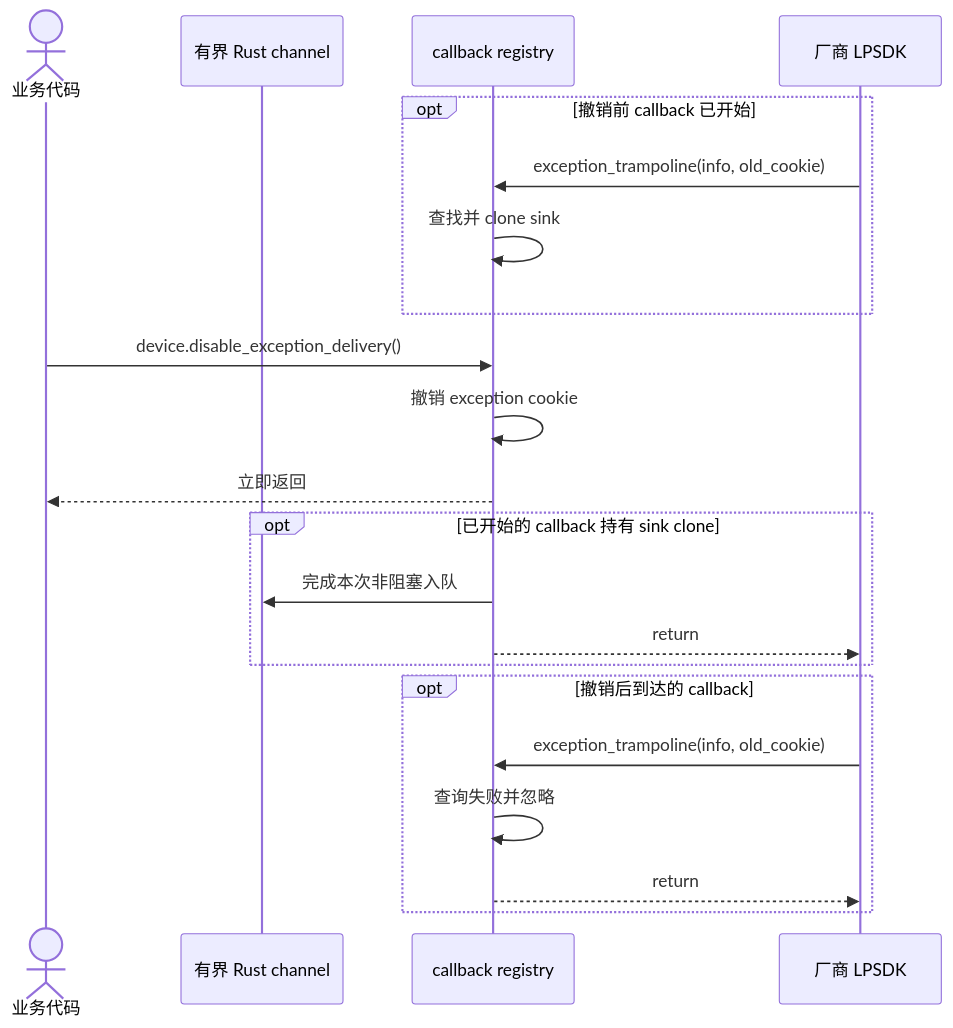
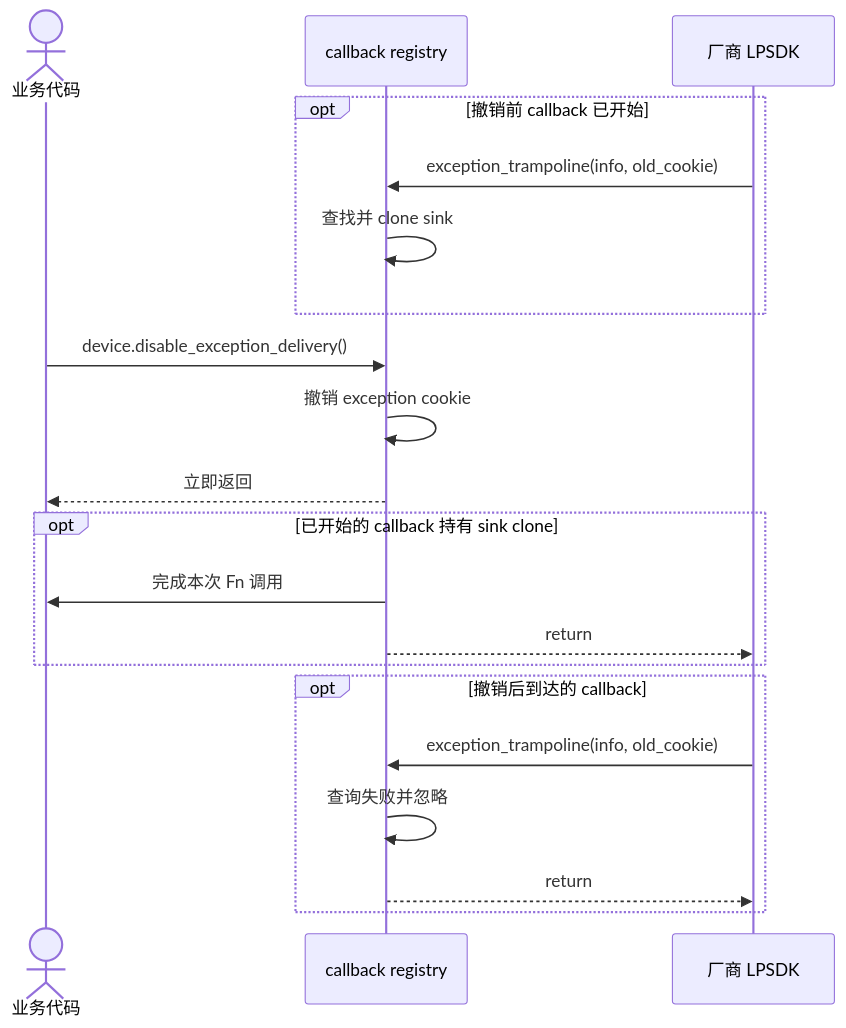
One commit to JSB-Unscarred/3dmvs-sdk-rs changed the second of 2 diagrams in 时序图/callback-采集与停止.md. Above: the diagram before and after it, drawn with Mermaid. The commit also changed other lines of this file and 29 other files, not shown here.

````diff
--- a/时序图/callback-采集与停止.md
+++ b/时序图/callback-采集与停止.md
@@ -100,24 +106,23 @@
 ```mermaid
 sequenceDiagram
     actor App as 业务代码
-    participant Queue as 有界 Rust channel
     participant Core as callback registry
     participant Native as 厂商 LPSDK
 
     opt 撤销前 callback 已开始
         Native->>Core: exception_trampoline(info, old_cookie)
         Core->>Core: 查找并 clone sink
     end
     App->>Core: device.disable_exception_delivery()
     Core->>Core: 撤销 exception cookie
     Core-->>App: 立即返回
     opt 已开始的 callback 持有 sink clone
-        Core->>Queue: 完成本次非阻塞入队
+        Core->>App: 完成本次 Fn 调用
         Core-->>Native: return
     end
     opt 撤销后到达的 callback
         Native->>Core: exception_trampoline(info, old_cookie)
         Core->>Core: 查询失败并忽略
         Core-->>Native: return
     end
 ```
````
